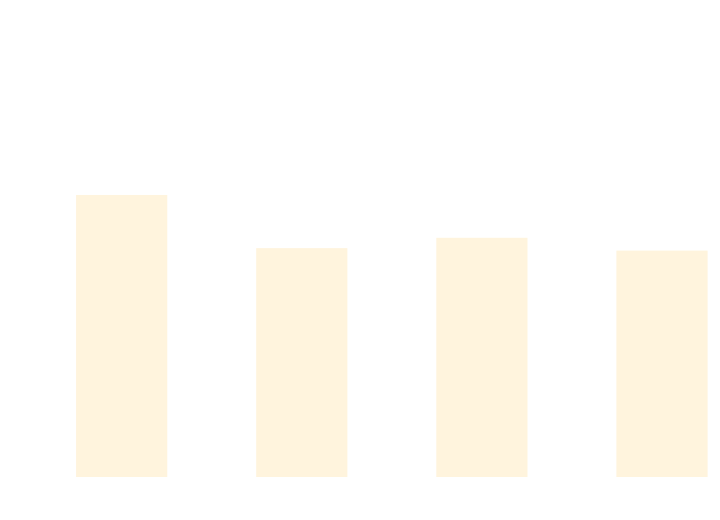
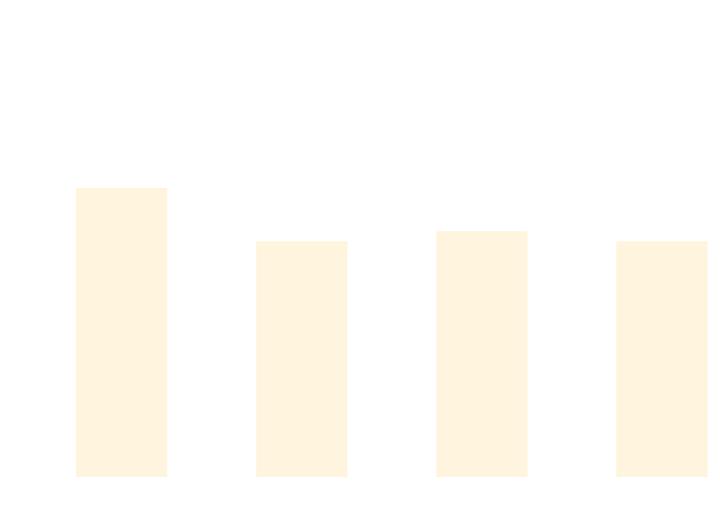
The diagram in docs/docs/benchmarks/BuildTime.md (thomhurst/TUnit), drawn with Mermaid before and after one commit. The commit also changed other lines of this file and 17 other files, not shown here.

````diff
--- a/docs/docs/benchmarks/BuildTime.md
+++ b/docs/docs/benchmarks/BuildTime.md
@@ -28,37 +28,37 @@
 ```mermaid
 %%{init: {
   'theme':'base',
   'themeVariables': {
     'primaryColor': '#2563eb',
     'primaryTextColor': '#ffffff',
     'primaryBorderColor': '#1e40af',
     'lineColor': '#6b7280',
     'secondaryColor': '#7c3aed',
     'tertiaryColor': '#dc2626',
     'background': '#ffffff',
     'mainBkg': '#2563eb',
     'secondBkg': '#7c3aed',
     'tertiaryBkg': '#dc2626',
     'clusterBkg': '#f3f4f6',
     'edgeLabelBackground': '#ffffff',
     'tertiaryTextColor': '#1f2937',
     'pie1': '#2563eb',
     'pie2': '#7c3aed',
     'pie3': '#dc2626',
     'pie4': '#f59e0b',
     'pie5': '#10b981',
     'pie6': '#06b6d4',
     'pie7': '#ec4899',
     'pie8': '#6366f1',
     'pie9': '#84cc16',
     'pie10': '#f97316',
     'pie11': '#14b8a6',
     'pie12': '#a855f7'
   }
 }}%%
 xychart-beta
   title "Build Time Comparison"
   x-axis ["Build_TUnit", "Build_NUnit", "Build_MSTest", "Build_xUnit3"]
   y-axis "Time (s)" 0 --> 3
-  bar [2.01, 1.62, 1.696, 1.602]
+  bar [2.061, 1.67, 1.744, 1.669]
 ```
````
